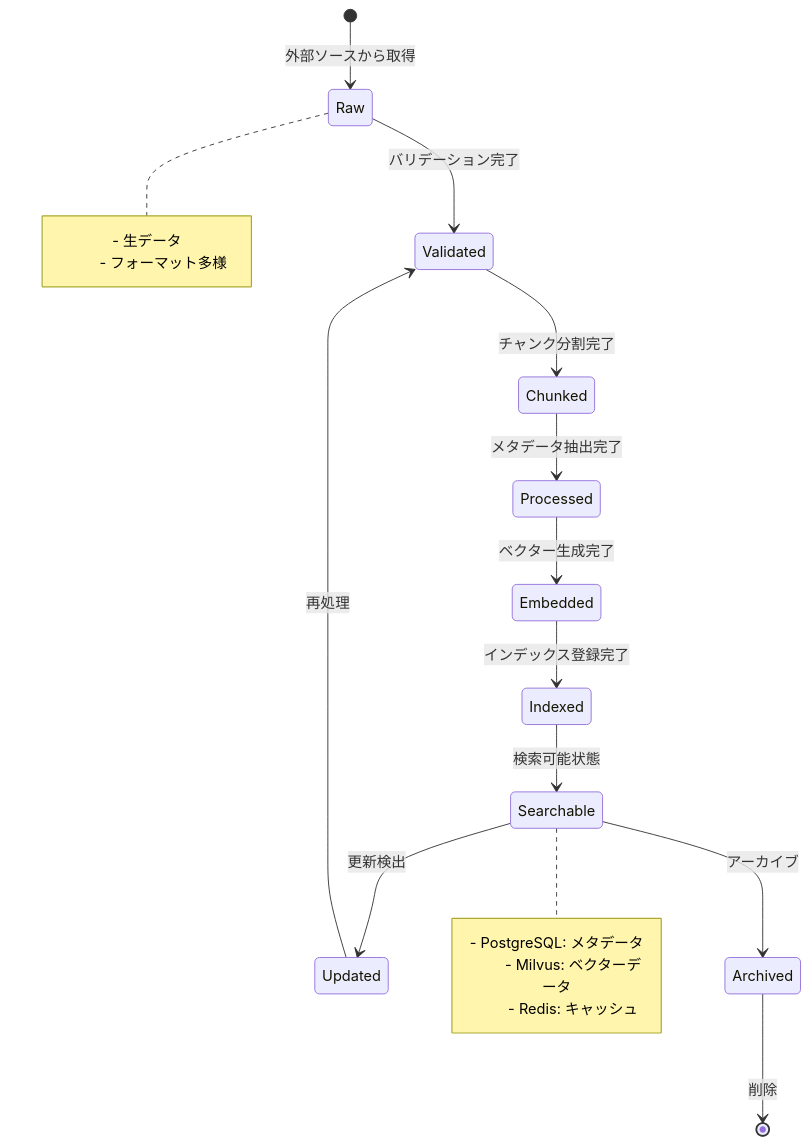
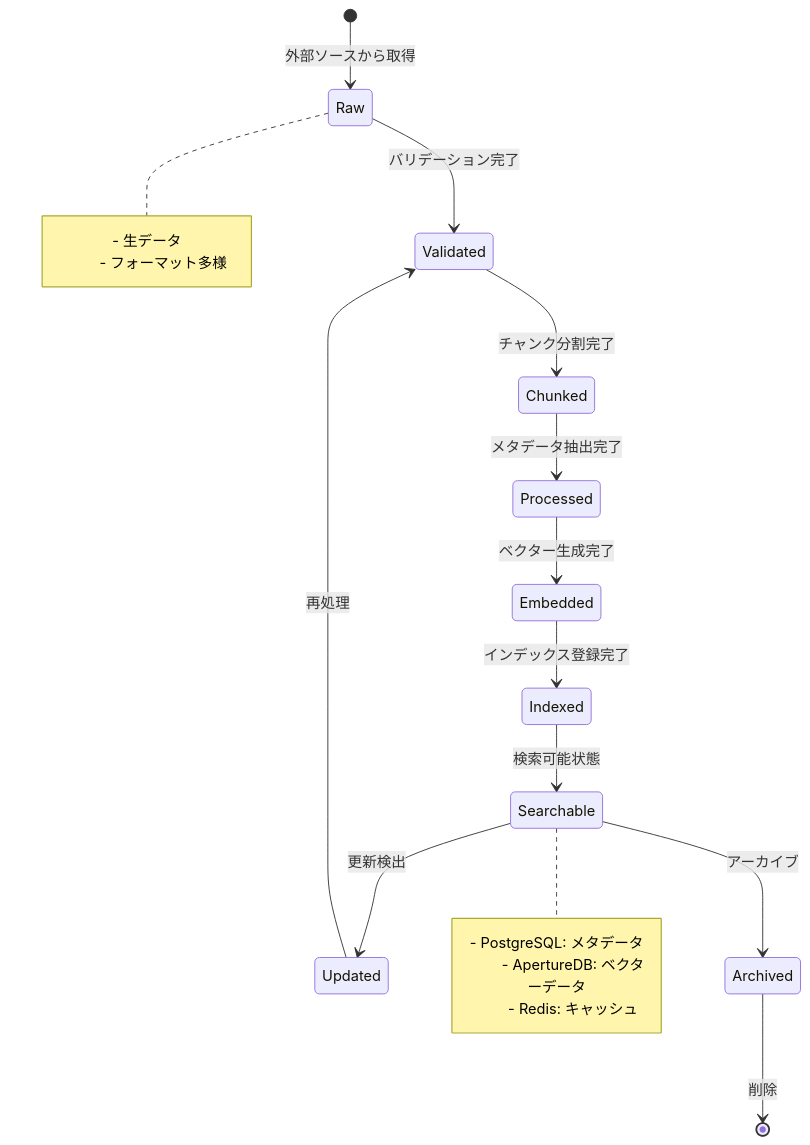
One commit to jangom2ok/spec_rag changed the sixth of 6 diagrams in docs/learning/Step01_DataFlow.md. Above: the diagram before and after it, drawn with Mermaid. The commit also changed other lines of this file and 69 other files, not shown here.

First line of the commit message:
Replace Milvus with ApertureDB for vector storage (#13)

````diff
--- a/docs/learning/Step01_DataFlow.md
+++ b/docs/learning/Step01_DataFlow.md
@@ -459,29 +459,29 @@
 ```mermaid
 stateDiagram-v2
     [*] --> Raw: 外部ソースから取得
     Raw --> Validated: バリデーション完了
     Validated --> Chunked: チャンク分割完了
     Chunked --> Processed: メタデータ抽出完了
     Processed --> Embedded: ベクター生成完了
     Embedded --> Indexed: インデックス登録完了
     Indexed --> Searchable: 検索可能状態
 
     Searchable --> Updated: 更新検出
     Updated --> Validated: 再処理
 
     Searchable --> Archived: アーカイブ
     Archived --> [*]: 削除
 
     note right of Raw
 
         - 生データ
         - フォーマット多様
     end note
 
     note right of Searchable
 
         - PostgreSQL: メタデータ
-        - Milvus: ベクターデータ
+        - ApertureDB: ベクターデータ
         - Redis: キャッシュ
     end note
 ```
````
